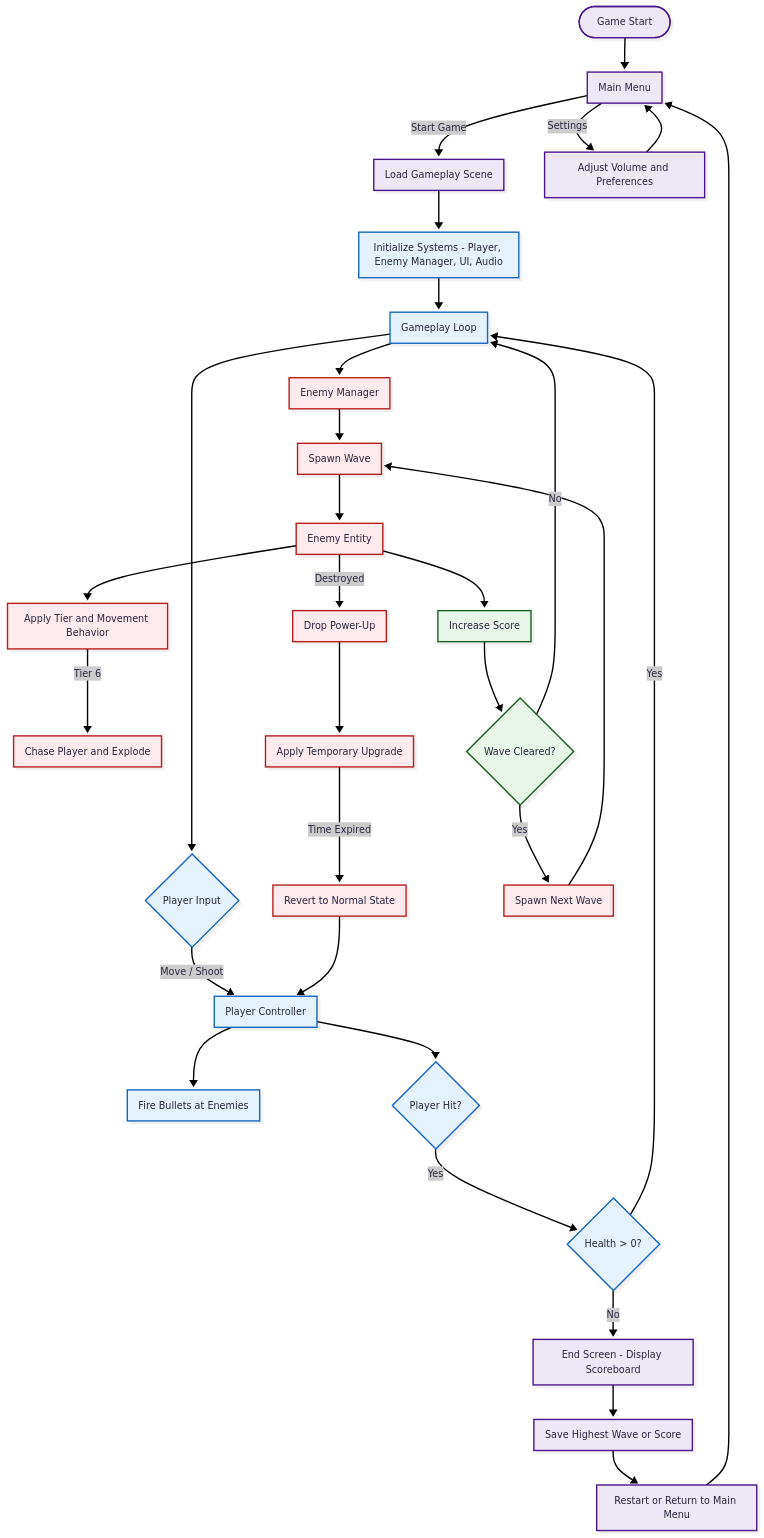
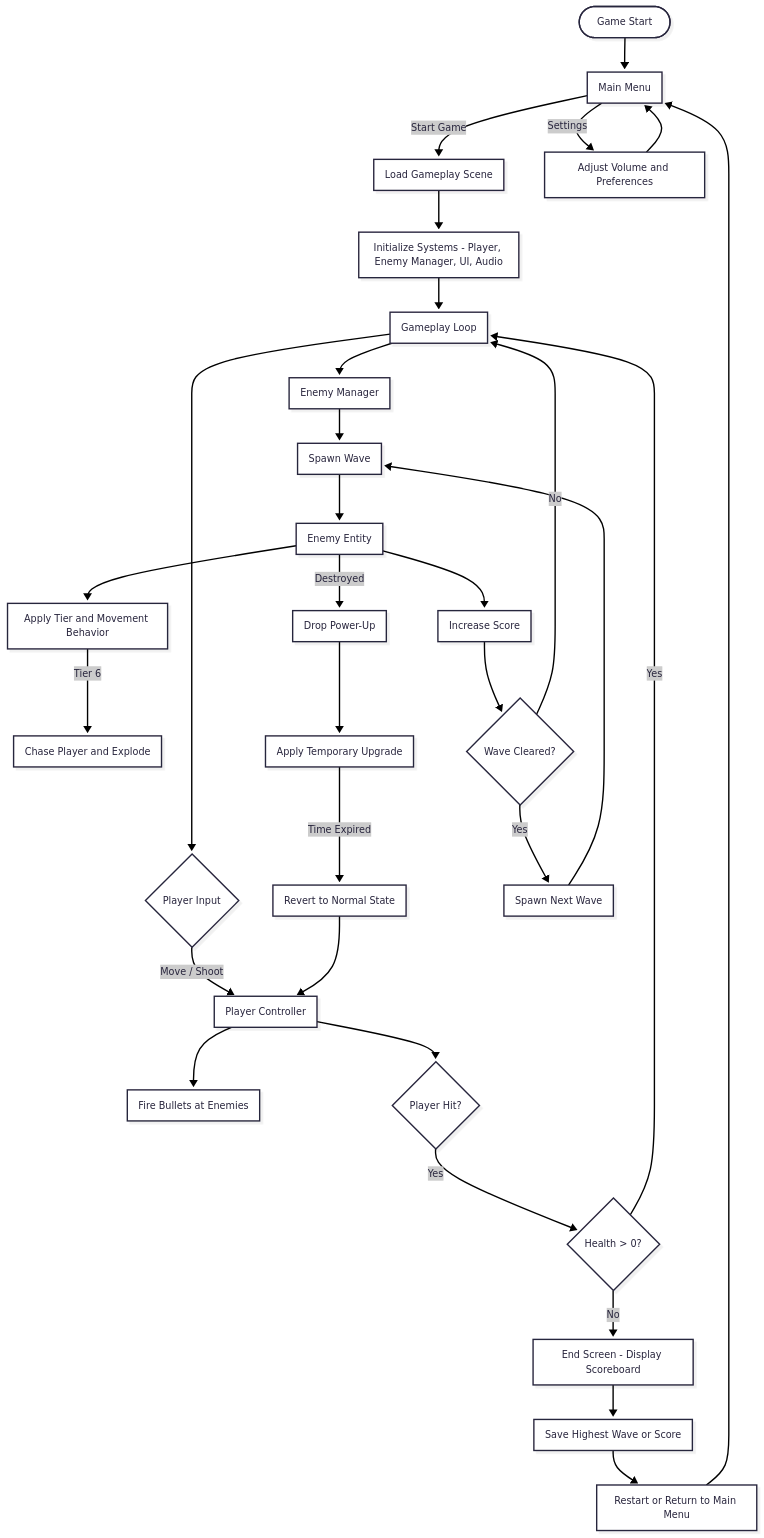
Before and after one commit to Justsomeguy241/Game-ProgrammingClass: the third of 4 diagrams in README.md, drawn with Mermaid.

````diff
--- a/README.md
+++ b/README.md
@@ -157,64 +157,52 @@
 ```mermaid
 ---
 config:
   theme: redux
   look: neo
 ---
 flowchart TD
   start(["Game Start"])
   start --> menu["Main Menu"]
   menu -->|"Start Game"| load["Load Gameplay Scene"]
   menu -->|"Settings"| options["Adjust Volume and Preferences"]
   options --> menu
 
   %% === GAMEPLAY CORE ===
   load --> init["Initialize Systems - Player, Enemy Manager, UI, Audio"]
   init --> play["Gameplay Loop"]
 
   play --> playerInput{"Player Input"}
   playerInput -->|"Move / Shoot"| player["Player Controller"]
   player --> shoot["Fire Bullets at Enemies"]
 
   %% === ENEMY SYSTEM ===
   play --> EM["Enemy Manager"]
   EM --> spawn["Spawn Wave"]
   spawn --> enemy["Enemy Entity"]
   enemy --> behavior["Apply Tier and Movement Behavior"]
   behavior -->|"Tier 6"| chase["Chase Player and Explode"]
   enemy -->|"Destroyed"| drop["Drop Power-Up"]
   drop --> upgrade["Apply Temporary Upgrade"]
 
   %% === POWER-UP SYSTEM ===
   upgrade -->|"Time Expired"| revert["Revert to Normal State"]
   revert --> player
 
   %% === SCORE AND WAVE LOGIC ===
   enemy --> score["Increase Score"]
   score --> waves{"Wave Cleared?"}
   waves -->|"Yes"| nextWave["Spawn Next Wave"]
   waves -->|"No"| play
   nextWave --> spawn
 
   %% === HEALTH / GAME OVER ===
   player --> hit{"Player Hit?"}
   hit -->|"Yes"| hpCheck{"Health > 0?"}
   hpCheck -->|"No"| endScr["End Screen - Display Scoreboard"]
   hpCheck -->|"Yes"| play
 
   endScr --> save["Save Highest Wave or Score"]
   save --> restart["Restart or Return to Main Menu"]
   restart --> menu
 
-  %% === STYLE ===
-  classDef core fill:#e3f2fd,stroke:#1565c0,stroke-width:2px
-  classDef enemy fill:#ffebee,stroke:#b71c1c,stroke-width:2px
-  classDef logic fill:#e8f5e9,stroke:#1b5e20,stroke-width:2px
-  classDef ui fill:#ede7f6,stroke:#4a148c,stroke-width:2px
-
-  class start,menu,load,options,endScr,save,restart ui
-  class init,play,playerInput,player,shoot,hit,hpCheck core
-  class EM,spawn,enemy,behavior,chase,drop,upgrade,revert,nextWave enemy
-  class score,waves logic
-
-
 ```
````
